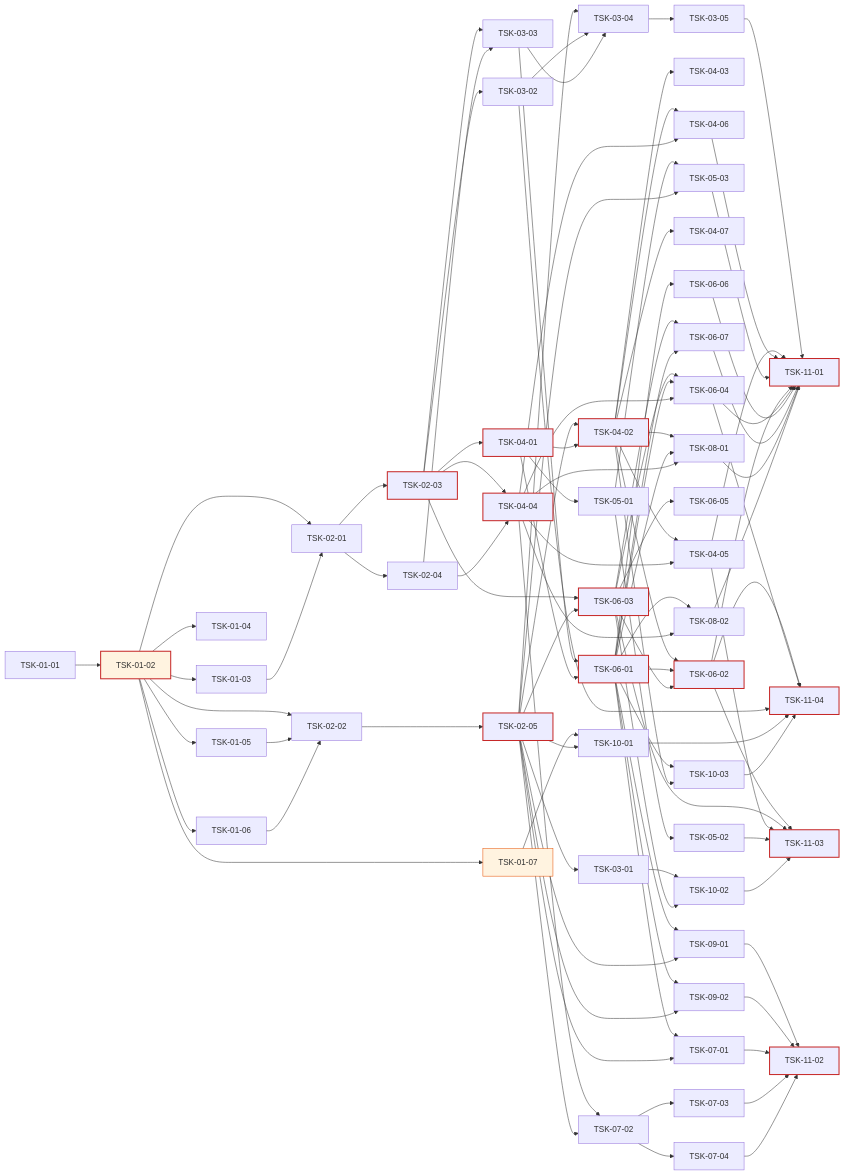
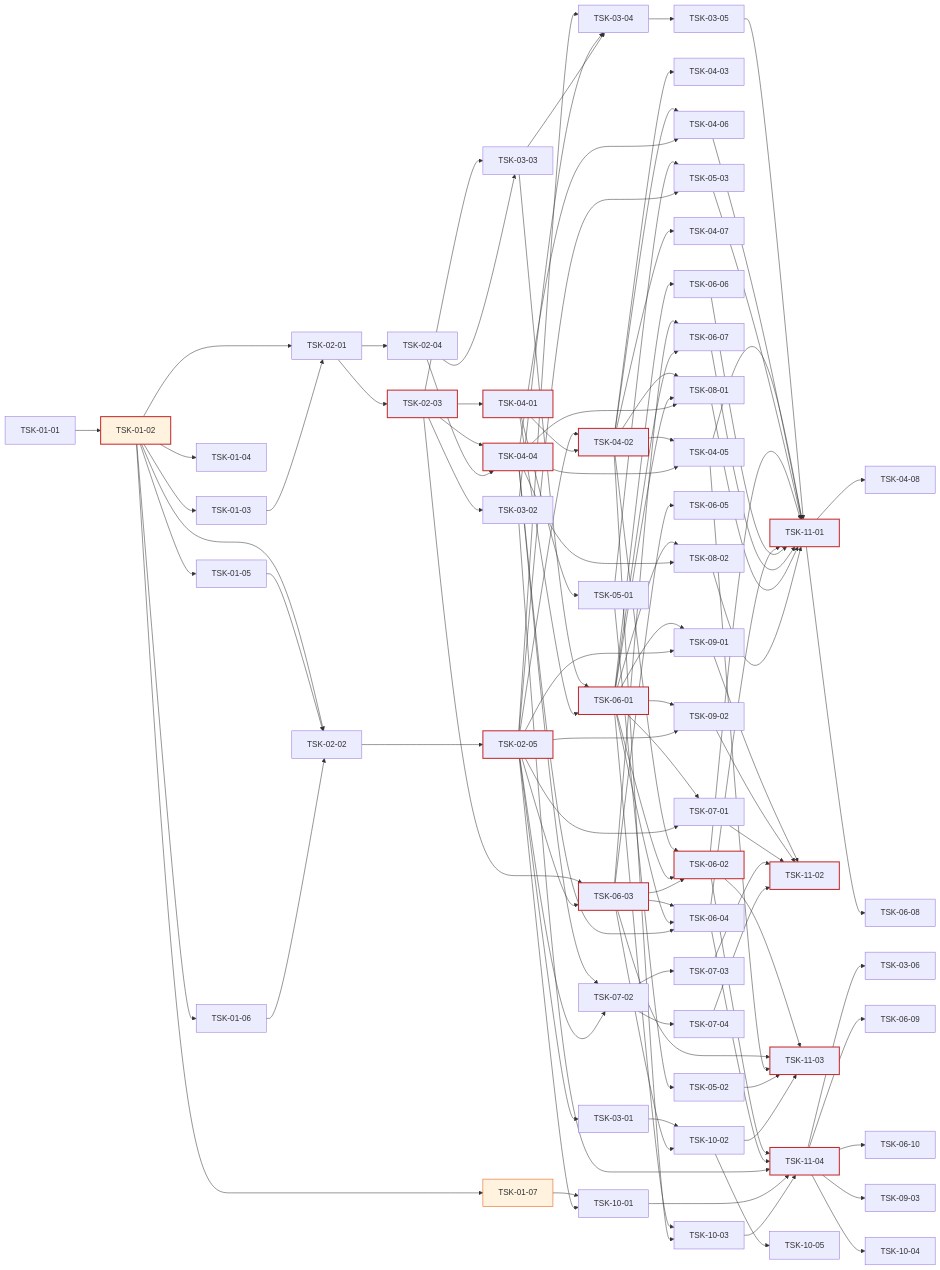
The diagram in docs/wbs.md (jongik-sv/oranda), drawn with Mermaid before and after one commit. The commit also changed other lines of this file, not shown here.

```diff
--- a/docs/wbs.md
+++ b/docs/wbs.md
@@ -2061,6 +2326,15 @@
   TSK-03-02 --> TSK-11-04
   TSK-10-01 --> TSK-11-04
   TSK-10-03 --> TSK-11-04
+  %% 통합테스트 결함 (2026-10-20 등록)
+  TSK-11-04 --> TSK-03-06
+  TSK-11-01 --> TSK-04-08
+  TSK-11-01 --> TSK-06-08
+  TSK-11-04 --> TSK-06-09
+  TSK-11-04 --> TSK-06-10
+  TSK-11-04 --> TSK-09-03
+  TSK-11-04 --> TSK-10-04
+  TSK-10-02 --> TSK-10-05
   style TSK-01-02 fill:#fff3e0,stroke:#e65100
   style TSK-01-07 fill:#fff3e0,stroke:#e65100
   style TSK-01-02 stroke:#c62828,stroke-width:2px
```
